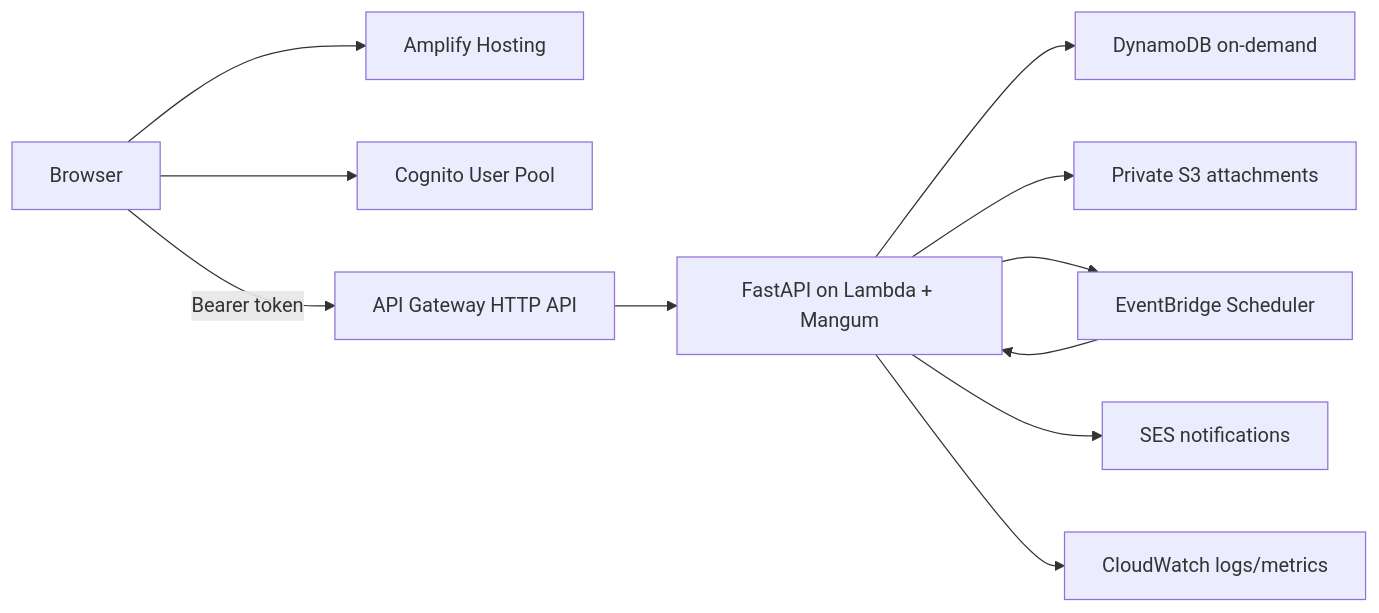
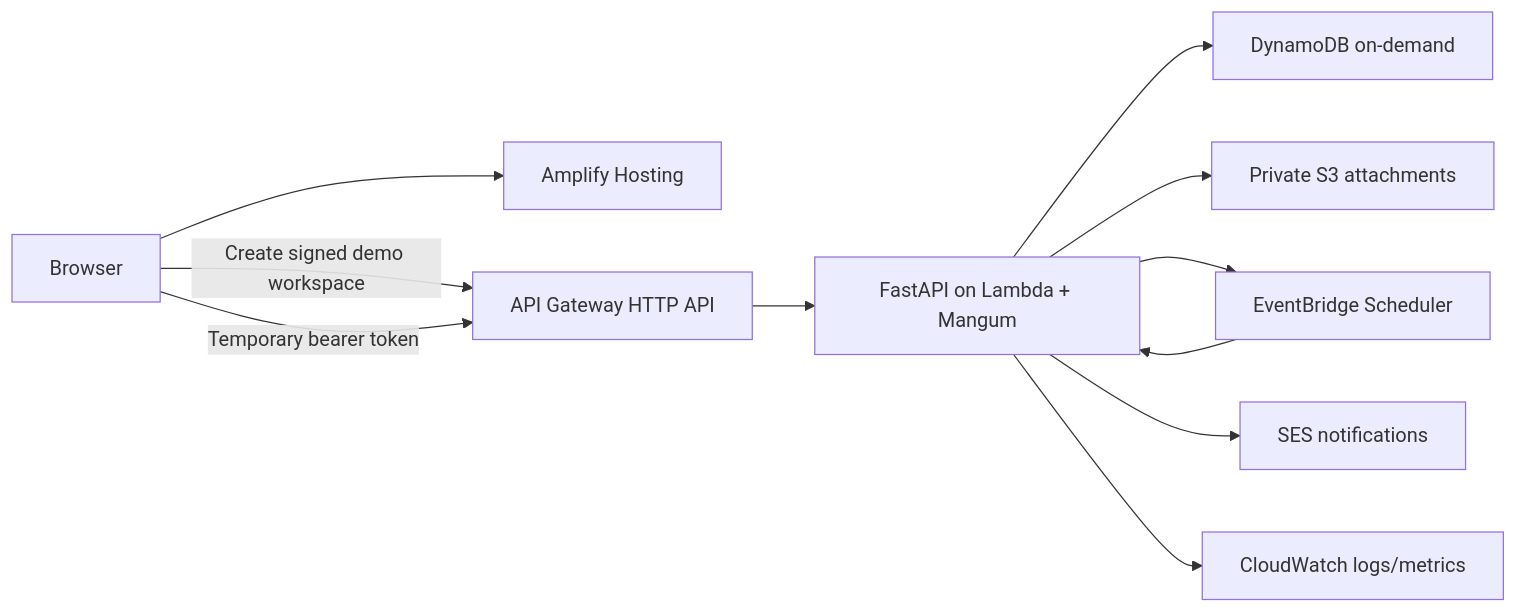
Before and after one commit to xiolest1/HireFlux: the second of 2 diagrams in docs/architecture.md, drawn with Mermaid. The commit also changed other lines of this file and 49 other files, not shown here.

Commit message:
added isolated recruiter demo workspace

````diff
--- a/docs/architecture.md
+++ b/docs/architecture.md
@@ -51,13 +52,13 @@
 ```mermaid
 flowchart LR
     User["Browser"] --> Amplify["Amplify Hosting"]
-    User --> Cognito["Cognito User Pool"]
-    User -->|"Bearer token"| APIGW["API Gateway HTTP API"]
+    User -->|"Create signed demo workspace"| APIGW["API Gateway HTTP API"]
+    User -->|"Temporary bearer token"| APIGW
     APIGW --> Lambda["FastAPI on Lambda + Mangum"]
     Lambda --> DynamoDB["DynamoDB on-demand"]
     Lambda --> S3["Private S3 attachments"]
     Lambda --> Scheduler["EventBridge Scheduler"]
     Scheduler --> Lambda
     Lambda --> SES["SES notifications"]
     Lambda --> CloudWatch["CloudWatch logs/metrics"]
 ```
````
